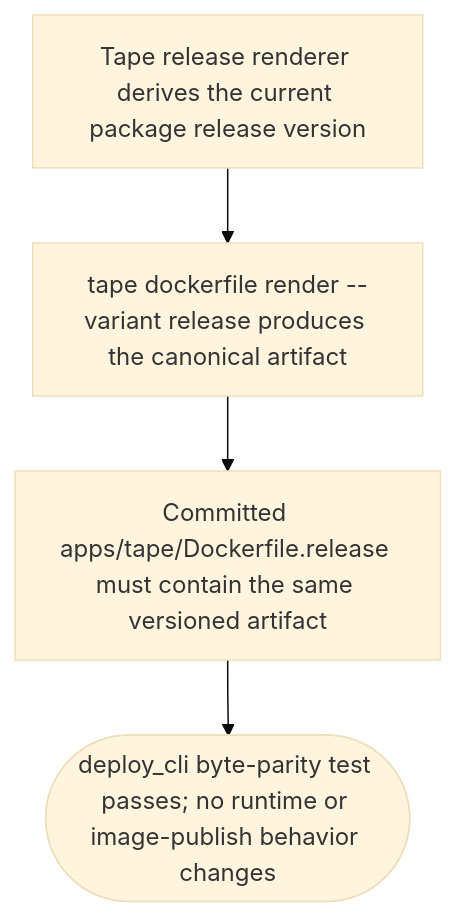
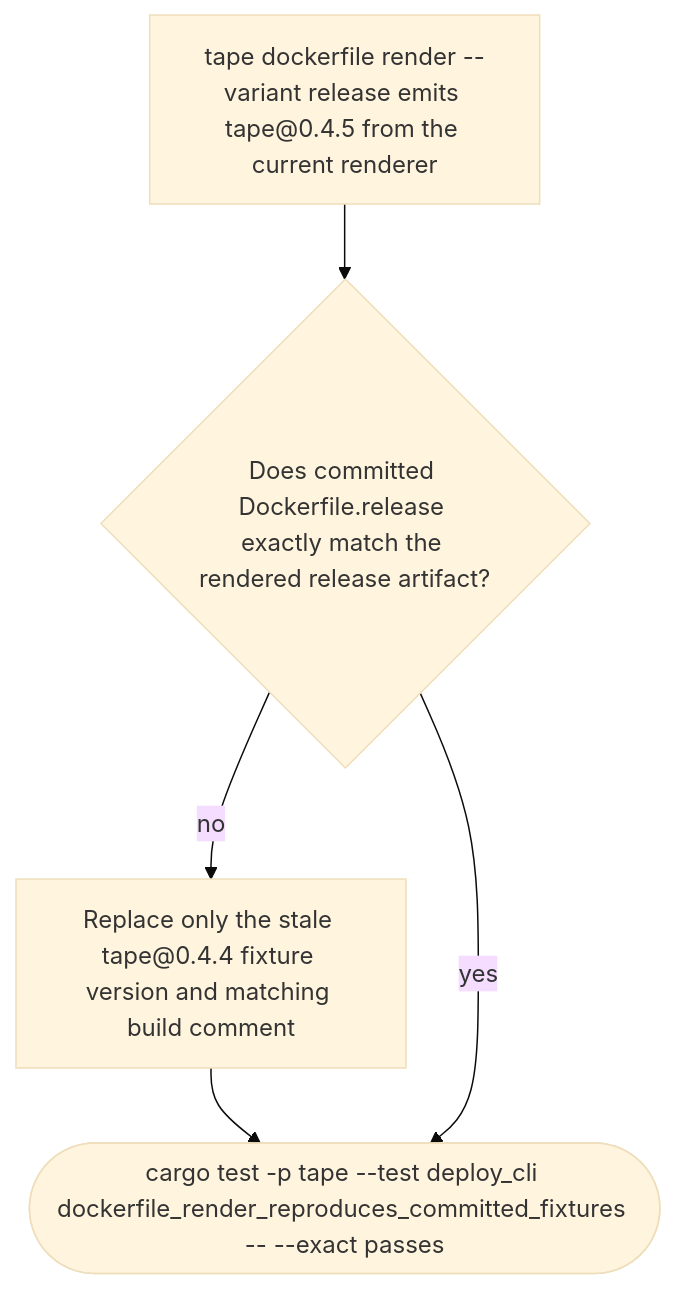
Before and after one commit to chrischeng-c4/axiom: the diagram in apps/tape/tech-design/validate/align-release-dockerfile-fixture-with-renderer.md, drawn with Mermaid (base theme).

Commit message:
td(1578) — contract section: logic
Lifecycle-Slug: 1578
Work-Item: 1578
Lifecycle-Stage: Td-Contract-Complete
Lifecycle-Phase: td_created
Lifecycle-Pass: contract
TD-Section: logic
Previous-Phase: td_applicability_created
Next-Phase: td_created
Next-Command: aw td gen

````diff
--- a/apps/tape/tech-design/validate/align-release-dockerfile-fixture-with-renderer.md
+++ b/apps/tape/tech-design/validate/align-release-dockerfile-fixture-with-renderer.md
@@ -10,27 +10,29 @@
 ```mermaid
 ---
-id: tape-release-dockerfile-fixture-parity-applicability
-entry: version
+id: tape-release-dockerfile-fixture-parity-contract
+entry: render
 nodes:
-  version:
+  render:
     kind: start
-    label: "Tape release renderer derives the current package release version"
-  render:
+    label: "tape dockerfile render --variant release emits tape@0.4.5 from the current renderer"
+  compare:
+    kind: decision
+    label: "Does committed Dockerfile.release exactly match the rendered release artifact?"
+  stale:
     kind: process
-    label: "tape dockerfile render --variant release produces the canonical artifact"
-  fixture:
-    kind: process
-    label: "Committed apps/tape/Dockerfile.release must contain the same versioned artifact"
-  gate:
+    label: "Replace only the stale tape@0.4.4 fixture version and matching build comment"
+  pass:
     kind: terminal
-    label: "deploy_cli byte-parity test passes; no runtime or image-publish behavior changes"
+    label: "cargo test -p tape --test deploy_cli dockerfile_render_reproduces_committed_fixtures -- --exact passes"
 edges:
-  - { from: version, to: render }
-  - { from: render, to: fixture }
-  - { from: fixture, to: gate }
+  - { from: render, to: compare }
+  - { from: compare, to: stale, label: "no" }
+  - { from: stale, to: pass }
+  - { from: compare, to: pass, label: "yes" }
 ---
 flowchart TD
-    version[Tape release renderer derives the current package release version] --> render[tape dockerfile render --variant release produces the canonical artifact]
-    render --> fixture[Committed apps/tape/Dockerfile.release must contain the same versioned artifact]
-    fixture --> gate([deploy_cli byte-parity test passes; no runtime or image-publish behavior changes])
+    render[tape dockerfile render --variant release emits tape@0.4.5 from the current renderer] --> compare{Does committed Dockerfile.release exactly match the rendered release artifact?}
+    compare -->|no| stale[Replace only the stale tape@0.4.4 fixture version and matching build comment]
+    stale --> pass([cargo test -p tape --test deploy_cli dockerfile_render_reproduces_committed_fixtures -- --exact passes])
+    compare -->|yes| pass
 ```
````
